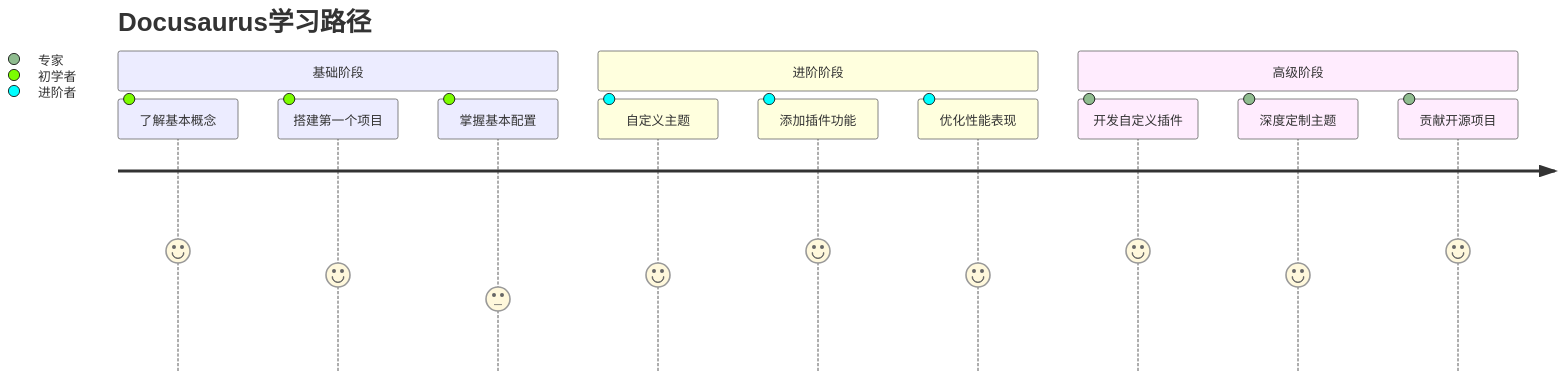
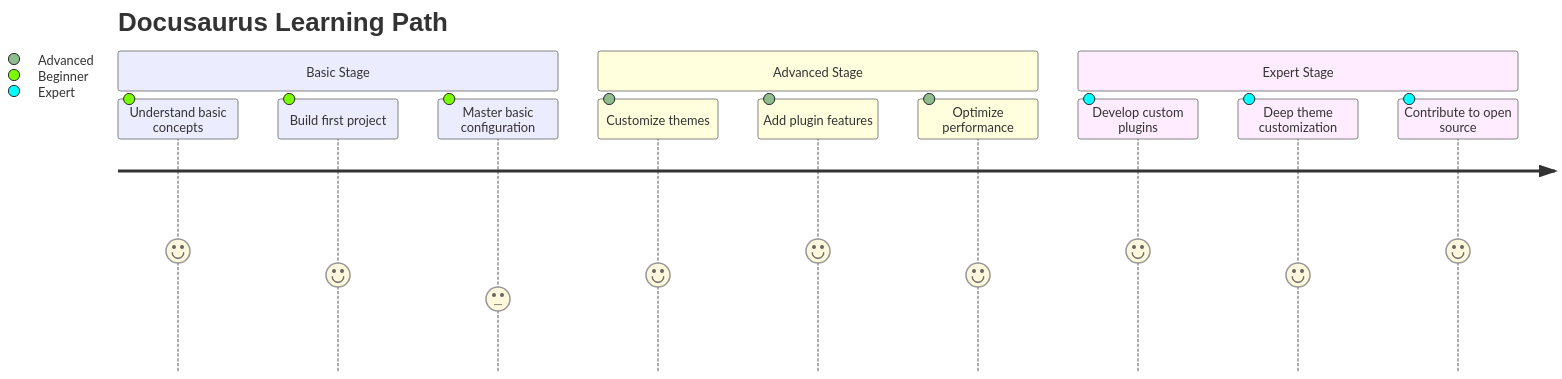
Before and after one commit to ChanMeng666/ai-programming-teaching-project: the tenth of 10 diagrams in versioned_docs/version-2024-winter/tutorials/docusaurus-tutorial.mdx, drawn with Mermaid. The commit also changed other lines of this file and 472 other files, not shown here.

````diff
--- a/versioned_docs/version-2024-winter/tutorials/docusaurus-tutorial.mdx
+++ b/versioned_docs/version-2024-winter/tutorials/docusaurus-tutorial.mdx
@@ -771,16 +815,16 @@
 ```mermaid
 journey
-    title Docusaurus学习路径
-    section 基础阶段
-      了解基本概念: 5: 初学者
-      搭建第一个项目: 4: 初学者
-      掌握基本配置: 3: 初学者
-    section 进阶阶段
-      自定义主题: 4: 进阶者
-      添加插件功能: 5: 进阶者
-      优化性能表现: 4: 进阶者
-    section 高级阶段
-      开发自定义插件: 5: 专家
-      深度定制主题: 4: 专家
-      贡献开源项目: 5: 专家
+    title Docusaurus Learning Path
+    section Basic Stage
+      Understand basic concepts: 5: Beginner
+      Build first project: 4: Beginner
+      Master basic configuration: 3: Beginner
+    section Advanced Stage
+      Customize themes: 4: Advanced
+      Add plugin features: 5: Advanced
+      Optimize performance: 4: Advanced
+    section Expert Stage
+      Develop custom plugins: 5: Expert
+      Deep theme customization: 4: Expert
+      Contribute to open source: 5: Expert
 ```
````
